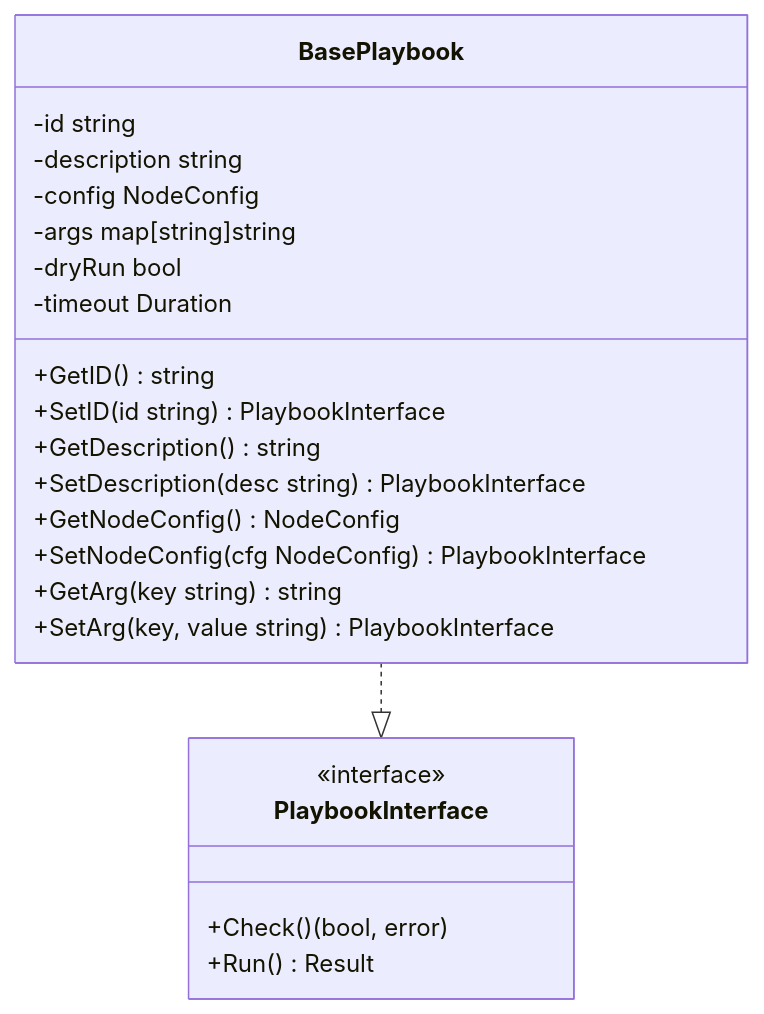
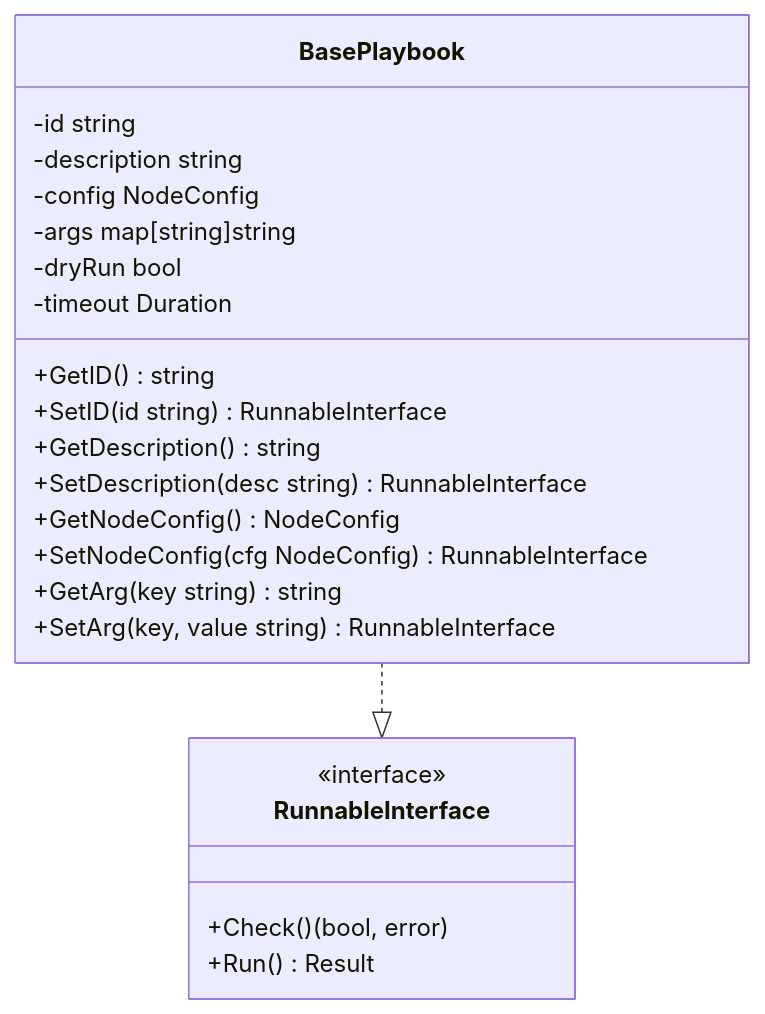
Before and after one commit to dracory/ork: the third of 12 diagrams in docs/livewiki/architecture.md, drawn with Mermaid. The commit also changed other lines of this file and 20 other files, not shown here.

````diff
--- a/docs/livewiki/architecture.md
+++ b/docs/livewiki/architecture.md
@@ -181,27 +183,27 @@
 ```mermaid
 classDiagram
     class BasePlaybook {
         -id string
         -description string
         -config NodeConfig
         -args map[string]string
         -dryRun bool
         -timeout Duration
         +GetID() string
-        +SetID(id string) PlaybookInterface
+        +SetID(id string) RunnableInterface
         +GetDescription() string
-        +SetDescription(desc string) PlaybookInterface
+        +SetDescription(desc string) RunnableInterface
         +GetNodeConfig() NodeConfig
-        +SetNodeConfig(cfg NodeConfig) PlaybookInterface
+        +SetNodeConfig(cfg NodeConfig) RunnableInterface
         +GetArg(key string) string
-        +SetArg(key, value string) PlaybookInterface
+        +SetArg(key, value string) RunnableInterface
     }
     
-    class PlaybookInterface {
+    class RunnableInterface {
         <<interface>>
         +Check() (bool, error)
         +Run() Result
     }
     
-    BasePlaybook ..|> PlaybookInterface
+    BasePlaybook ..|> RunnableInterface
 ```
````
